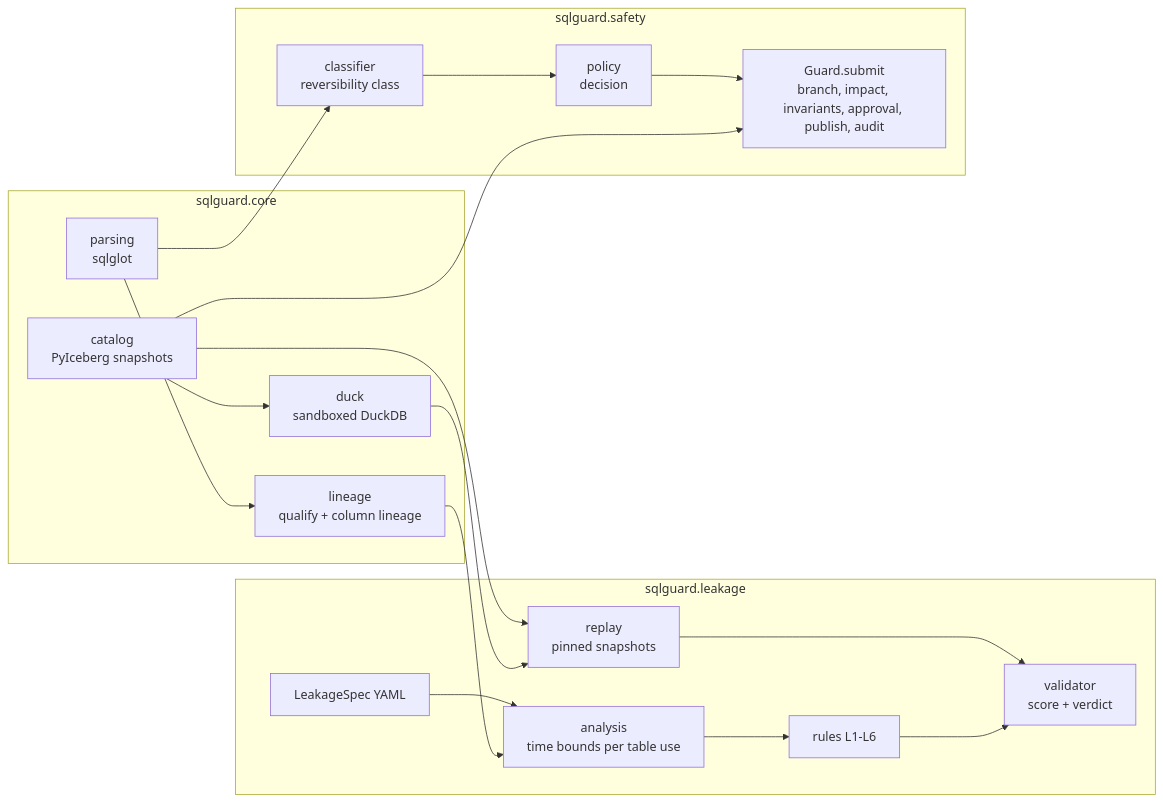
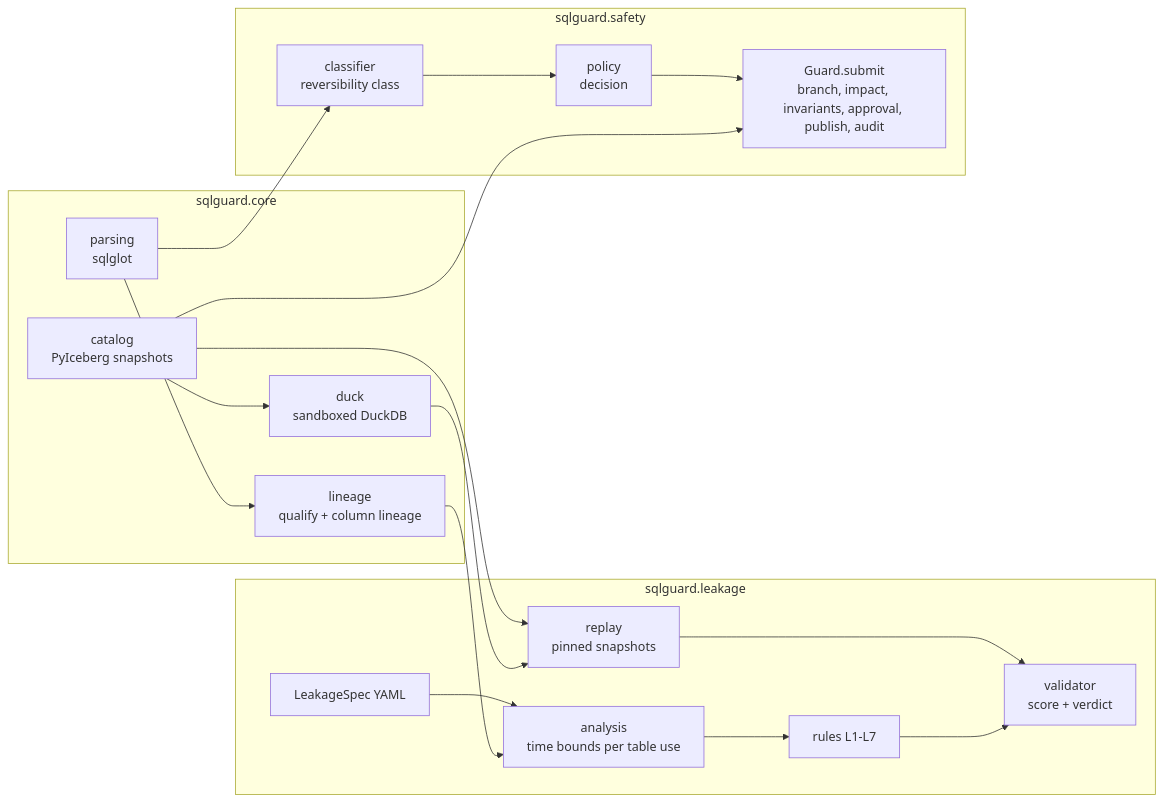
One commit to winthebest/lakehouse-sql-guard changed the diagram in docs/architecture.md. Above: the diagram before and after it, drawn with Mermaid. The commit also changed other lines of this file and 3 other files, not shown here.

````diff
--- a/docs/architecture.md
+++ b/docs/architecture.md
@@ -11,22 +11,22 @@
 ```mermaid
 flowchart LR
     subgraph core["sqlguard.core"]
         P[parsing<br/>sqlglot] --> Q[lineage<br/>qualify + column lineage]
         C[catalog<br/>PyIceberg snapshots] --> D[duck<br/>sandboxed DuckDB]
     end
     subgraph leakage["sqlguard.leakage"]
         S[LeakageSpec YAML] --> A[analysis<br/>time bounds per table use]
-        A --> R[rules L1-L6]
+        A --> R[rules L1-L7]
         RP[replay<br/>pinned snapshots] --> V[validator<br/>score + verdict]
         R --> V
     end
     subgraph safety["sqlguard.safety"]
         CL[classifier<br/>reversibility class] --> PO[policy<br/>decision]
         PO --> G[Guard.submit<br/>branch, impact, invariants, approval, publish, audit]
     end
     Q --> A
     C --> RP
     D --> RP
     P --> CL
     C --> G
 ```
````
